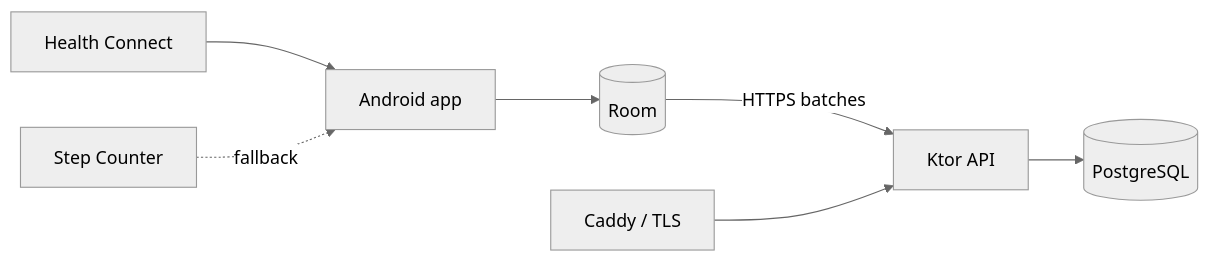
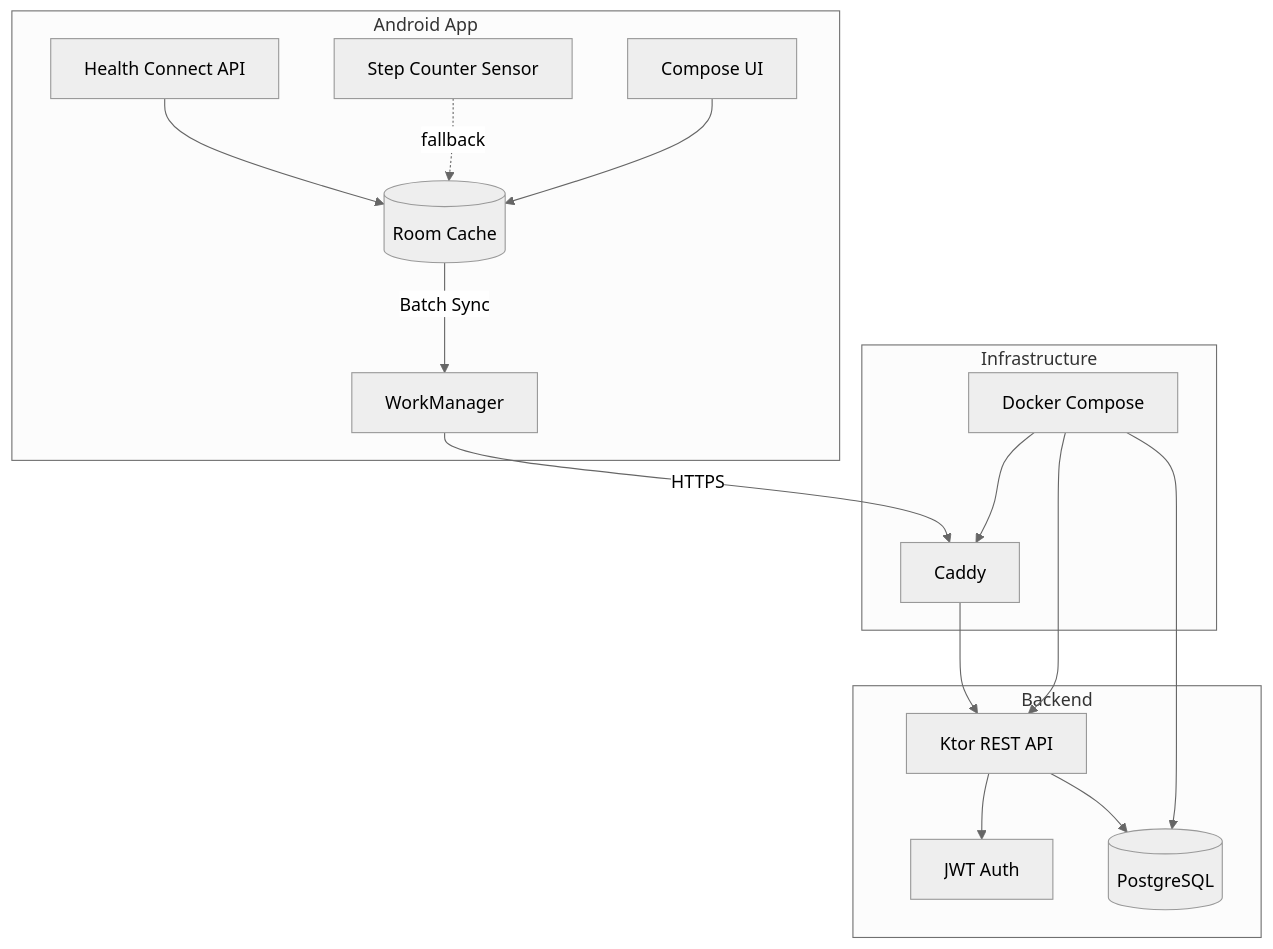
The diagram in README.md (Aron-Magg/StepsTracker), drawn with Mermaid (neutral theme) before and after one commit. The commit also changed other lines of this file and 20 other files, not shown here.

````diff
--- a/README.md
+++ b/README.md
@@ -30,9 +72,33 @@
 ```mermaid
-flowchart LR
-    HC[Health Connect] --> APP[Android app]
-    SC[Step Counter] -. fallback .-> APP
-    APP --> ROOM[(Room)]
-    ROOM -->|HTTPS batches| API[Ktor API]
-    API --> DB[(PostgreSQL)]
-    CADDY[Caddy / TLS] --> API
+flowchart TB
+    subgraph Android App
+        HC[Health Connect API]
+        SC[Step Counter Sensor]
+        UI[Compose UI]
+        ROOM[(Room Cache)]
+        WM[WorkManager]
+    end
+    
+    subgraph Backend
+        API[Ktor REST API]
+        AUTH[JWT Auth]
+        DB[(PostgreSQL)]
+    end
+    
+    subgraph Infrastructure
+        CADDY[Caddy]
+        DOCKER[Docker Compose]
+    end
+    
+    HC --> ROOM
+    SC -.fallback.-> ROOM
+    UI --> ROOM
+    ROOM -->|Batch Sync| WM
+    WM -->|HTTPS| CADDY
+    CADDY --> API
+    API --> AUTH
+    API --> DB
+    DOCKER --> API
+    DOCKER --> DB
+    DOCKER --> CADDY
 ```
````
